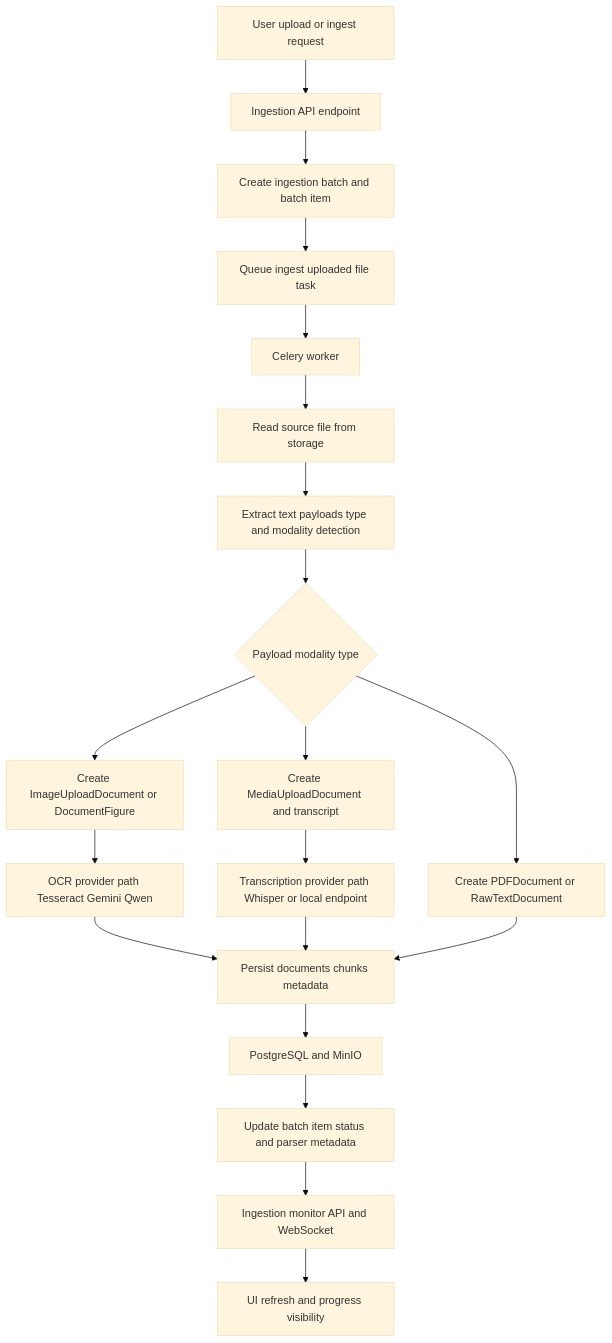
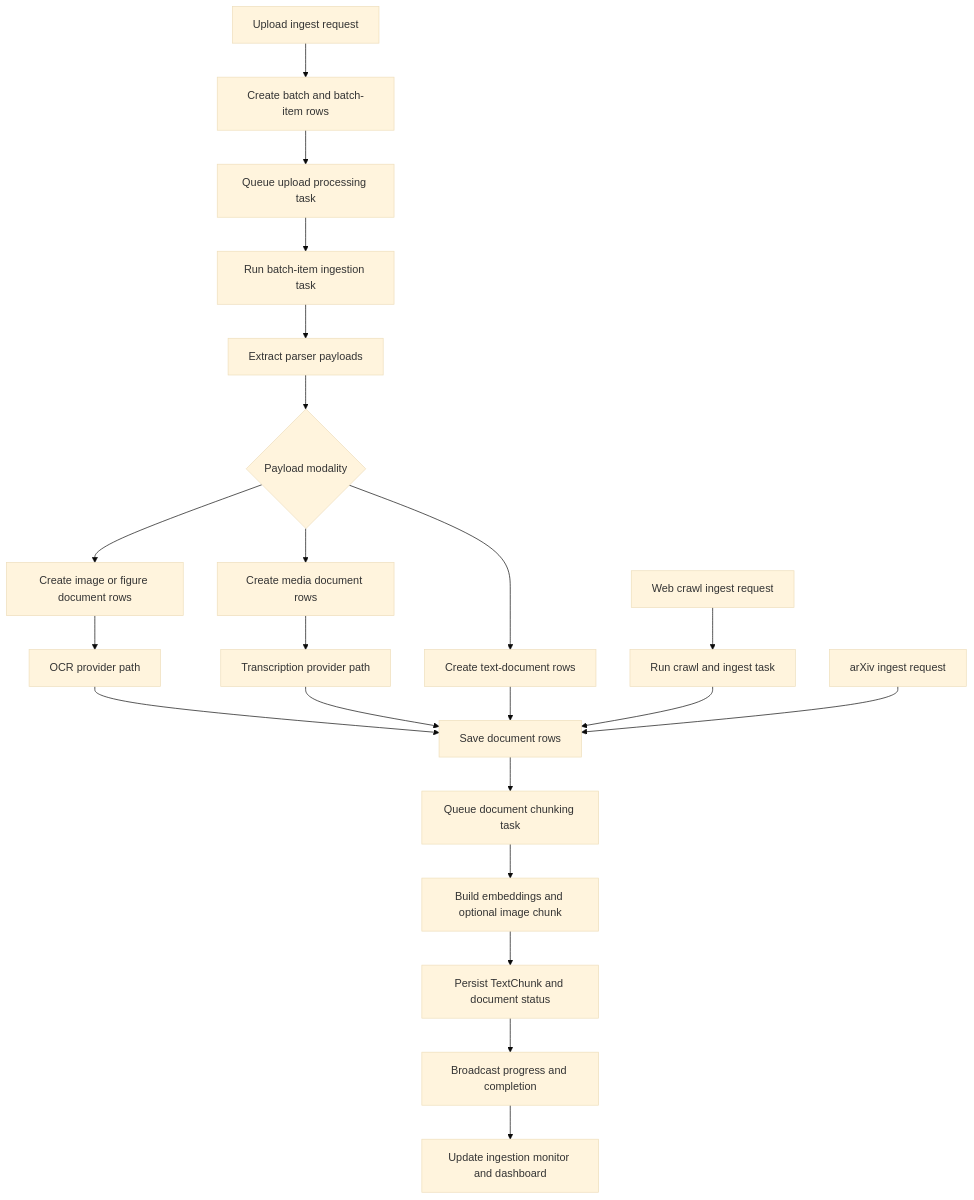
One commit to AquiLLM/AquiLLM changed the third of 4 diagrams in docs/architecture/aquillm-current-architecture-mermaid.md. Above: the diagram before and after it, drawn with Mermaid (base theme). The commit also changed other lines of this file and 1 other file, not shown here.

Commit message:
Add documentation for architecture and code styles

````diff
--- a/docs/architecture/aquillm-current-architecture-mermaid.md
+++ b/docs/architecture/aquillm-current-architecture-mermaid.md
@@ -103,26 +92,29 @@
 ```mermaid
 flowchart TD
-  UPLOAD[User upload or ingest request] --> API[Ingestion API endpoint]
-  API --> BATCH[Create ingestion batch and batch item]
-  BATCH --> QUEUE[Queue ingest uploaded file task]
-  QUEUE --> WORKER[Celery worker]
+  Upload["Upload ingest request"] --> Batch["Create batch and batch-item rows"]
+  Batch --> Queue["Queue upload processing task"]
+  Queue --> IngestTask["Run batch-item ingestion task"]
 
-  WORKER --> READ[Read source file from storage]
-  READ --> PARSE[Extract text payloads type and modality detection]
+  IngestTask --> Parse["Extract parser payloads"]
+  Parse --> Kind{"Payload modality"}
+  Kind --> TextDoc["Create text-document rows"]
+  Kind --> ImageDoc["Create image or figure document rows"]
+  Kind --> MediaDoc["Create media document rows"]
 
-  PARSE --> DECIDE{Payload modality type}
-  DECIDE --> DOCS[Create PDFDocument or RawTextDocument]
-  DECIDE --> IMG[Create ImageUploadDocument or DocumentFigure]
-  DECIDE --> MEDIA[Create MediaUploadDocument and transcript]
+  ImageDoc --> OCR["OCR provider path"]
+  MediaDoc --> Transcribe["Transcription provider path"]
+  OCR --> SaveDocs
+  Transcribe --> SaveDocs
+  TextDoc --> SaveDocs["Save document rows"]
 
-  IMG --> OCRPATH[OCR provider path Tesseract Gemini Qwen]
-  MEDIA --> TRANSPATH[Transcription provider path Whisper or local endpoint]
-  OCRPATH --> SAVE
-  TRANSPATH --> SAVE
-  DOCS --> SAVE
+  SaveDocs --> ChunkTask["Queue document chunking task"]
+  ChunkTask --> Embed["Build embeddings and optional image chunk"]
+  Embed --> Storage["Persist TextChunk and document status"]
+  Storage --> WS["Broadcast progress and completion"]
+  WS --> UI["Update ingestion monitor and dashboard"]
 
-  SAVE[Persist documents chunks metadata] --> STORE[PostgreSQL and MinIO]
-  STORE --> STATUS[Update batch item status and parser metadata]
-  STATUS --> MONITOR[Ingestion monitor API and WebSocket]
-  MONITOR --> UI[UI refresh and progress visibility]
+  WebIngest["Web crawl ingest request"] --> CrawlTask["Run crawl and ingest task"]
+  CrawlTask --> SaveDocs
+
+  Arxiv["arXiv ingest request"] --> SaveDocs
 ```
````
